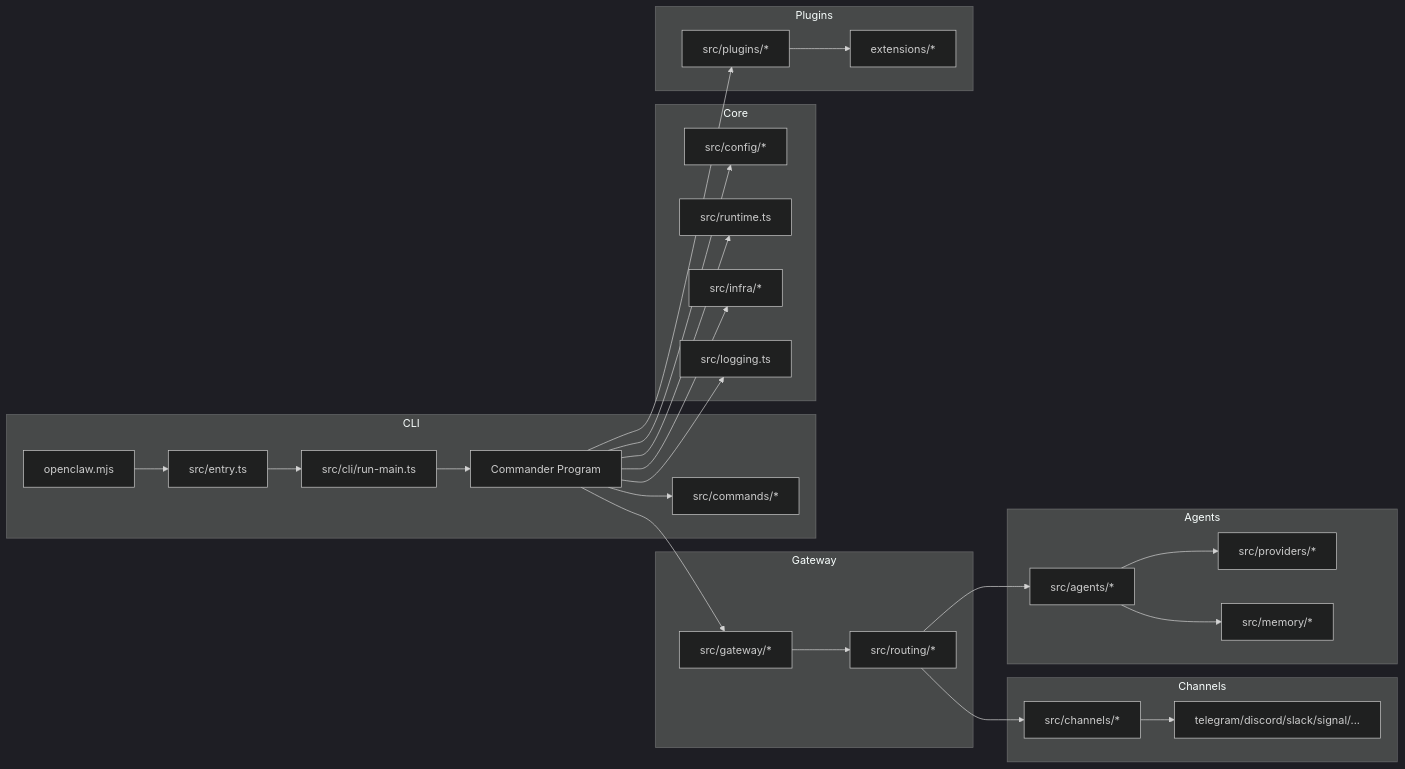
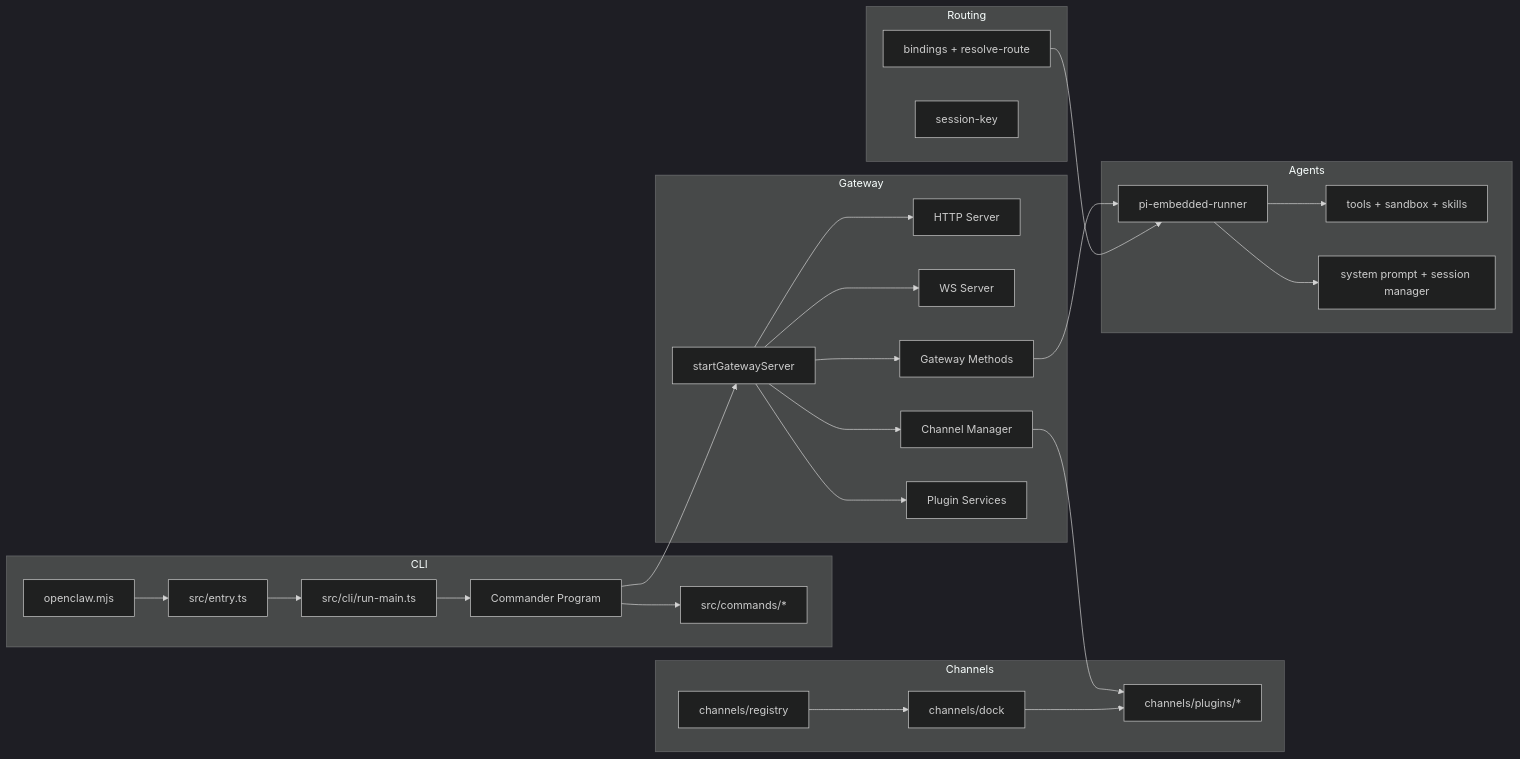
Before and after one commit to NEDONION/openclaw: the diagram in notes/architecture.md, drawn with Mermaid (dark theme). The commit also changed other lines of this file and 5 other files, not shown here.

````diff
--- a/notes/architecture.md
+++ b/notes/architecture.md
@@ -32,51 +48,49 @@
 ```mermaid
 flowchart LR
   subgraph CLI
     A[openclaw.mjs] --> B[src/entry.ts]
     B --> C[src/cli/run-main.ts]
     C --> D[Commander Program]
     D --> E[src/commands/*]
   end
 
-  subgraph Core
-    F[src/config/*]
-    G[src/runtime.ts]
-    H[src/infra/*]
-    I[src/logging.ts]
-  end
-
   subgraph Gateway
-    J[src/gateway/*]
-    K[src/routing/*]
+    G1[startGatewayServer]
+    G2[HTTP Server]
+    G3[WS Server]
+    G4[Gateway Methods]
+    G5[Channel Manager]
+    G6[Plugin Services]
   end
 
   subgraph Channels
-    L[src/channels/*]
-    M[telegram/discord/slack/signal/...]
+    C1[channels/registry]
+    C2[channels/dock]
+    C3[channels/plugins/*]
+  end
+
+  subgraph Routing
+    R1[bindings + resolve-route]
+    R2[session-key]
   end
 
   subgraph Agents
-    N[src/agents/*]
-    O[src/providers/*]
-    P[src/memory/*]
+    A1[pi-embedded-runner]
+    A2[tools + sandbox + skills]
+    A3[system prompt + session manager]
   end
 
-  subgraph Plugins
-    Q[src/plugins/*]
-    R[extensions/*]
-  end
-
-  D --> F
-  D --> G
-  D --> J
-  J --> K
-  K --> L
-  L --> M
-  K --> N
-  N --> O
-  N --> P
-  D --> Q
-  Q --> R
-  D --> I
-  D --> H
+  D --> G1
+  G1 --> G2
+  G1 --> G3
+  G1 --> G4
+  G1 --> G5
+  G1 --> G6
+  G5 --> C3
+  C1 --> C2
+  C2 --> C3
+  G4 --> A1
+  R1 --> A1
+  A1 --> A2
+  A1 --> A3
 ```
````
